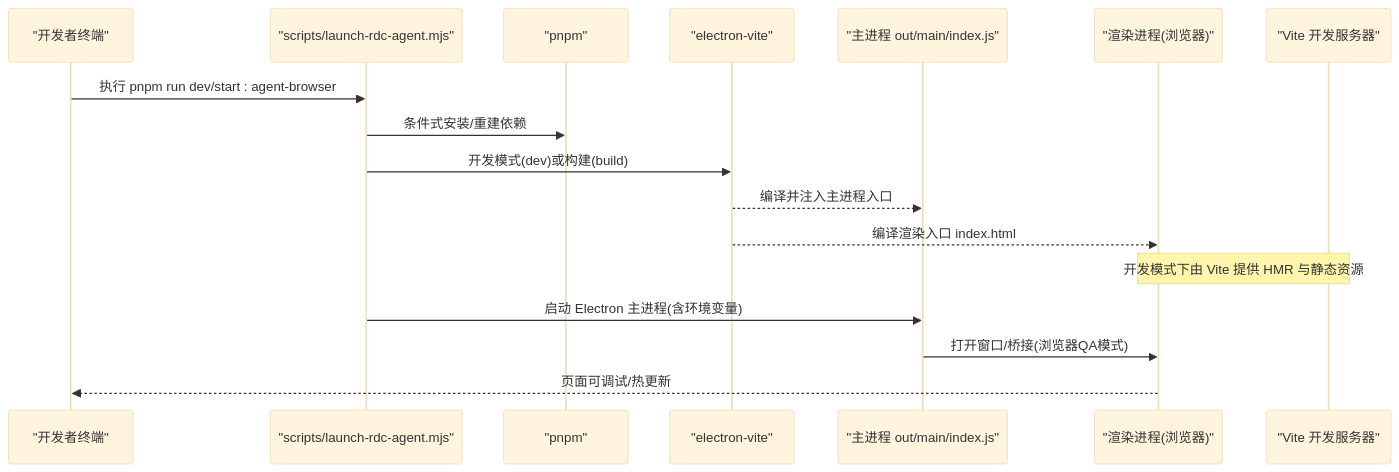
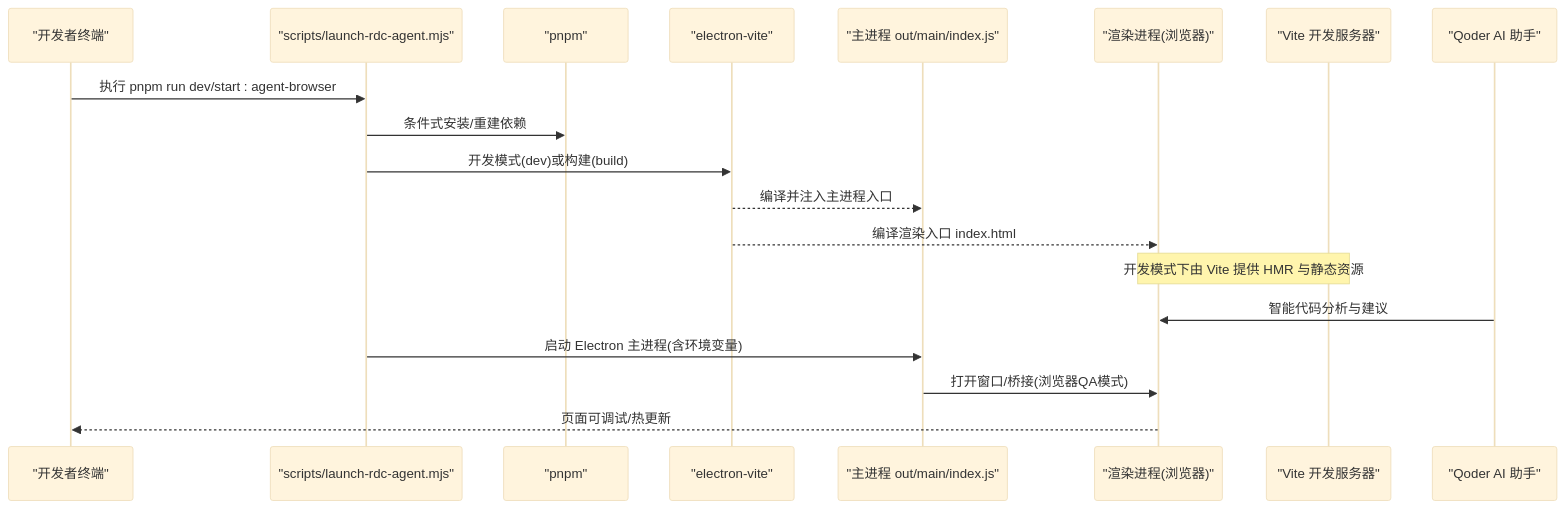
The second of 3 diagrams in .qoder/repowiki/zh/content/部署运维/开发环境搭建.md (haolange/RDC-Agent), drawn with Mermaid (base theme) before and after one commit. The commit also changed other lines of this file and 2 other files, not shown here.

````diff
--- a/.qoder/repowiki/zh/content/部署运维/开发环境搭建.md
+++ b/.qoder/repowiki/zh/content/部署运维/开发环境搭建.md
@@ -95,19 +111,21 @@
 ```mermaid
 sequenceDiagram
 participant Dev as "开发者终端"
 participant Launcher as "scripts/launch-rdc-agent.mjs"
 participant Pnpm as "pnpm"
 participant EVite as "electron-vite"
 participant Main as "主进程 out/main/index.js"
 participant Renderer as "渲染进程(浏览器)"
 participant ViteSrv as "Vite 开发服务器"
+participant Qoder as "Qoder AI 助手"
 Dev->>Launcher : 执行 pnpm run dev/start : agent-browser
 Launcher->>Pnpm : 条件式安装/重建依赖
 Launcher->>EVite : 开发模式(dev)或构建(build)
 EVite-->>Main : 编译并注入主进程入口
 EVite-->>Renderer : 编译渲染入口 index.html
 Note over Renderer,ViteSrv : 开发模式下由 Vite 提供 HMR 与静态资源
+Qoder->>Renderer : 智能代码分析与建议
 Launcher->>Main : 启动 Electron 主进程(含环境变量)
 Main->>Renderer : 打开窗口/桥接(浏览器QA模式)
 Renderer-->>Dev : 页面可调试/热更新
 ```
````
